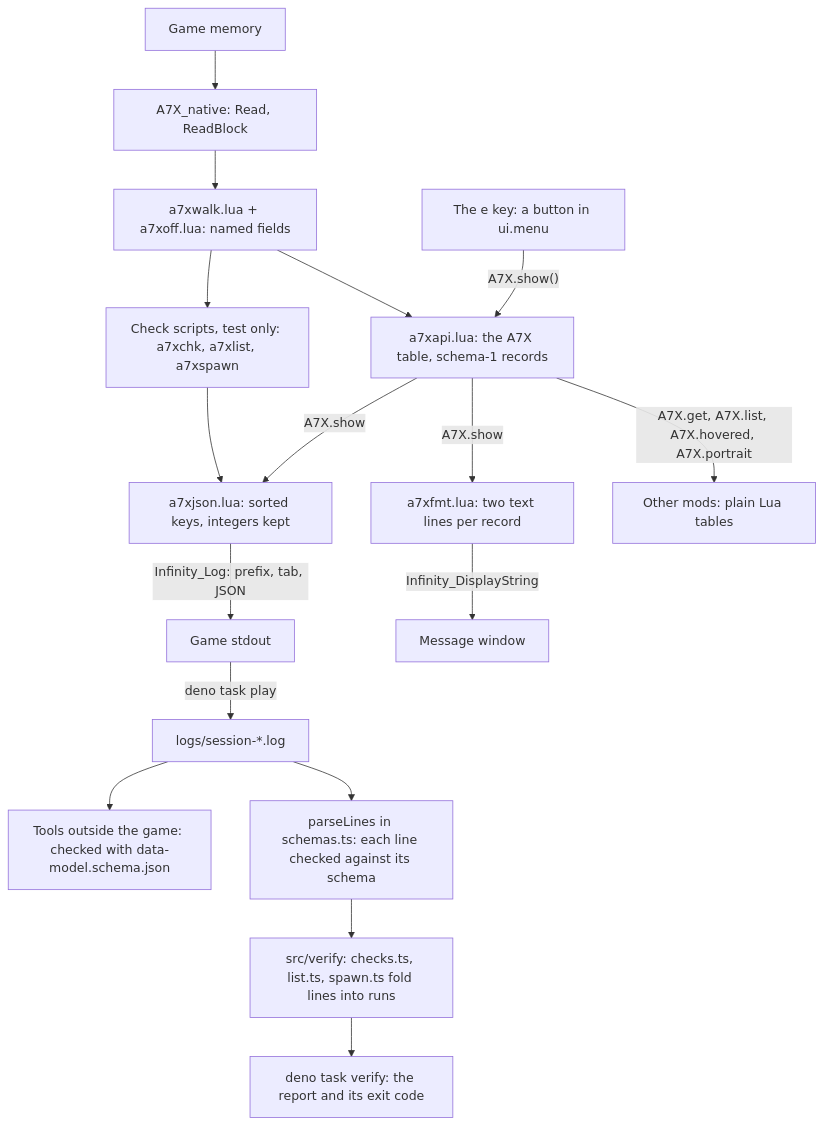
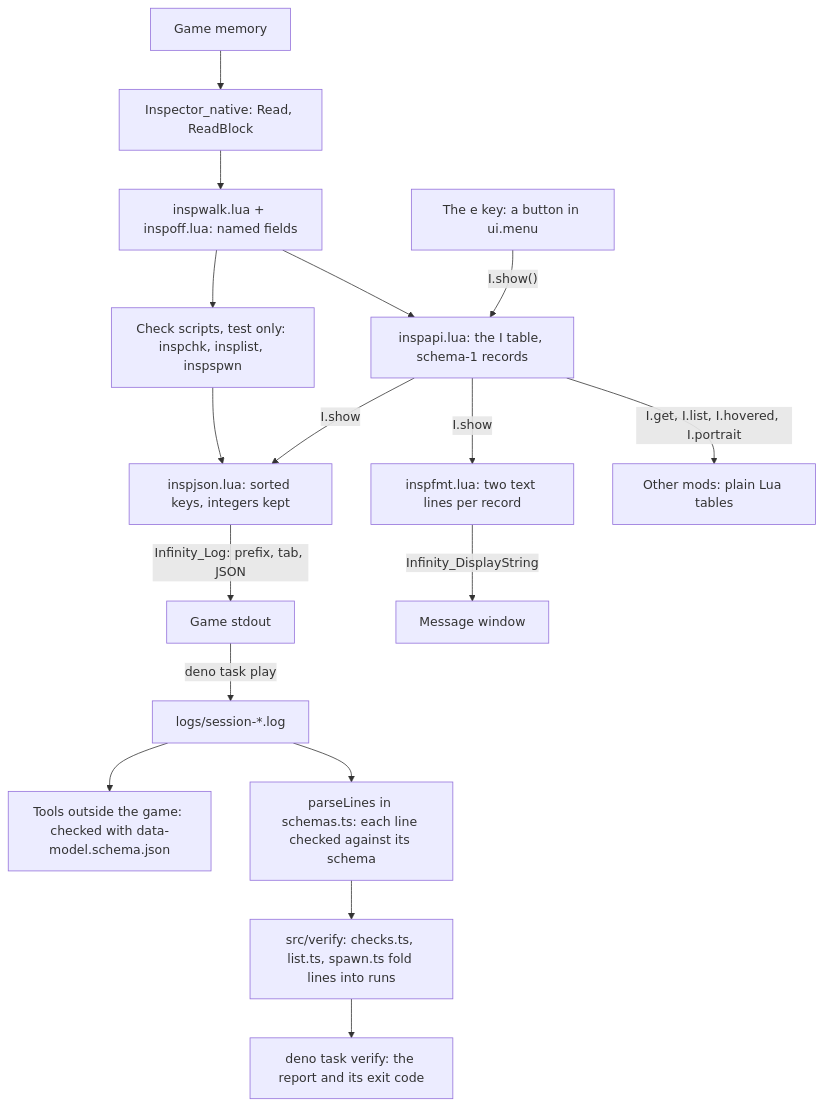
One commit to kabootit/BG2EE-Inspector changed the fourth of 8 diagrams in docs/architecture.md. Above: the diagram before and after it, drawn with Mermaid. The commit also changed other lines of this file and 104 other files, not shown here.

````diff
--- a/docs/architecture.md
+++ b/docs/architecture.md
@@ -135,19 +135,19 @@
 ```mermaid
 flowchart TD
-  MEM["Game memory"] --> NAT["A7X_native: Read, ReadBlock"]
-  NAT --> WALK["a7xwalk.lua + a7xoff.lua: named fields"]
-  WALK --> API["a7xapi.lua: the A7X table, schema-1 records"]
-  WALK --> CHK["Check scripts, test only: a7xchk, a7xlist, a7xspawn"]
-  KEY["The e key: a button in ui.menu"] -- "A7X.show()" --> API
-  API -- "A7X.get, A7X.list, A7X.hovered, A7X.portrait" --> MODS["Other mods: plain Lua tables"]
-  API -- "A7X.show" --> FMT["a7xfmt.lua: two text lines per record"]
+  MEM["Game memory"] --> NAT["Inspector_native: Read, ReadBlock"]
+  NAT --> WALK["inspwalk.lua + inspoff.lua: named fields"]
+  WALK --> API["inspapi.lua: the I table, schema-1 records"]
+  WALK --> CHK["Check scripts, test only: inspchk, insplist, inspspwn"]
+  KEY["The e key: a button in ui.menu"] -- "I.show()" --> API
+  API -- "I.get, I.list, I.hovered, I.portrait" --> MODS["Other mods: plain Lua tables"]
+  API -- "I.show" --> FMT["inspfmt.lua: two text lines per record"]
   FMT -- "Infinity_DisplayString" --> MSG["Message window"]
-  API -- "A7X.show" --> JSON["a7xjson.lua: sorted keys, integers kept"]
+  API -- "I.show" --> JSON["inspjson.lua: sorted keys, integers kept"]
   CHK --> JSON
   JSON -- "Infinity_Log: prefix, tab, JSON" --> LOG["Game stdout"]
   LOG -- "deno task play" --> CAP["logs/session-*.log"]
   CAP --> PARSE["parseLines in schemas.ts: each line checked against its schema"]
   PARSE --> VER["src/verify: checks.ts, list.ts, spawn.ts fold lines into runs"]
   VER --> REP["deno task verify: the report and its exit code"]
   CAP --> TOOLS["Tools outside the game: checked with data-model.schema.json"]
 ```
````
